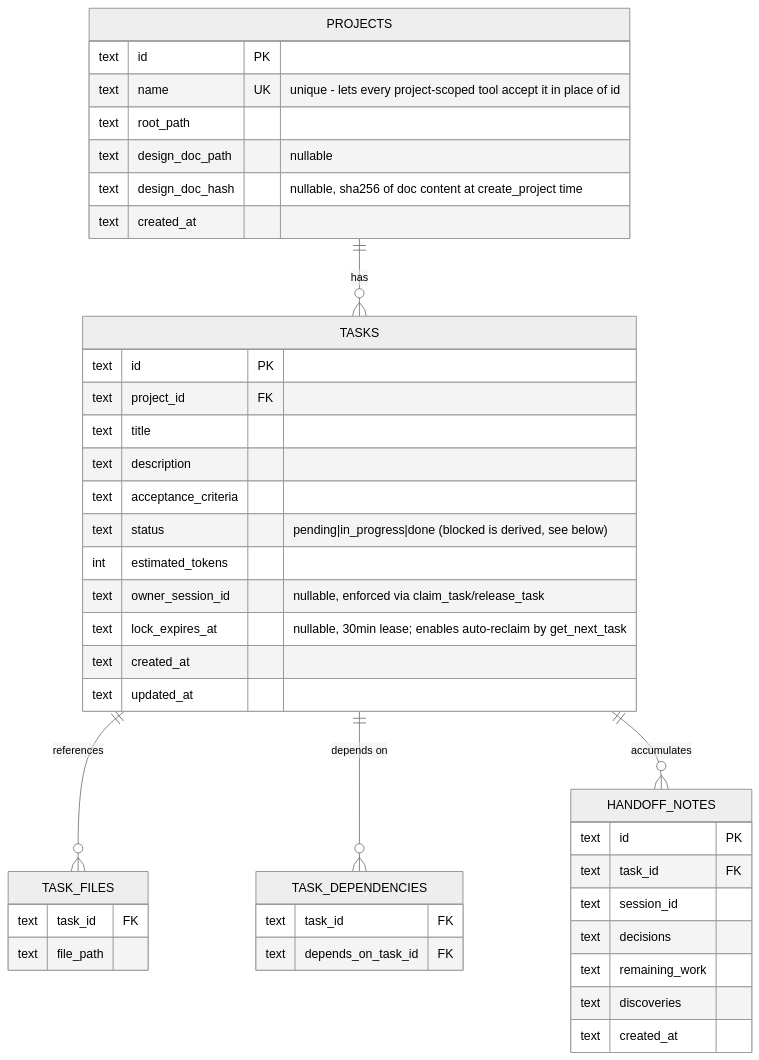
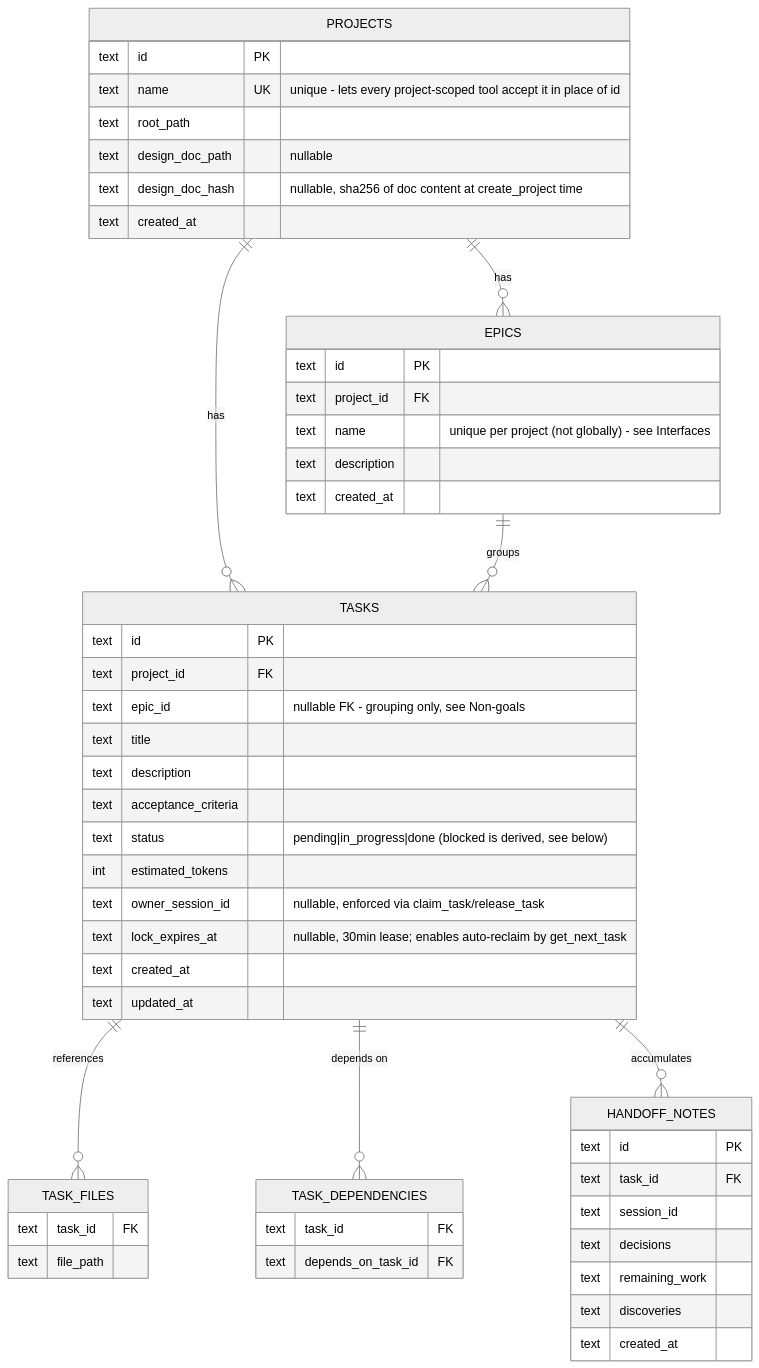
One commit to madmurdok/task-tracker-mcp changed the third of 3 diagrams in docs/architecture/task-tracker-mcp.md. Above: the diagram before and after it, drawn with Mermaid (neutral theme). The commit also changed other lines of this file and 14 other files, not shown here.

First line of the commit message:
feat: add epics to group related tasks

````diff
--- a/docs/architecture/task-tracker-mcp.md
+++ b/docs/architecture/task-tracker-mcp.md
@@ -120,46 +125,56 @@
 ```mermaid
 erDiagram
     PROJECTS ||--o{ TASKS : has
+    PROJECTS ||--o{ EPICS : has
+    EPICS ||--o{ TASKS : groups
     TASKS ||--o{ TASK_FILES : references
     TASKS ||--o{ TASK_DEPENDENCIES : "depends on"
     TASKS ||--o{ HANDOFF_NOTES : accumulates
 
     PROJECTS {
         text id PK
         text name UK "unique - lets every project-scoped tool accept it in place of id"
         text root_path
         text design_doc_path "nullable"
         text design_doc_hash "nullable, sha256 of doc content at create_project time"
         text created_at
     }
+    EPICS {
+        text id PK
+        text project_id FK
+        text name "unique per project (not globally) - see Interfaces"
+        text description
+        text created_at
+    }
     TASKS {
         text id PK
         text project_id FK
+        text epic_id "nullable FK - grouping only, see Non-goals"
         text title
         text description
         text acceptance_criteria
         text status "pending|in_progress|done (blocked is derived, see below)"
         int estimated_tokens
         text owner_session_id "nullable, enforced via claim_task/release_task"
         text lock_expires_at "nullable, 30min lease; enables auto-reclaim by get_next_task"
         text created_at
         text updated_at
     }
     TASK_FILES {
         text task_id FK
         text file_path
     }
     TASK_DEPENDENCIES {
         text task_id FK
         text depends_on_task_id FK
     }
     HANDOFF_NOTES {
         text id PK
         text task_id FK
         text session_id
         text decisions
         text remaining_work
         text discoveries
         text created_at
     }
 ```
````
